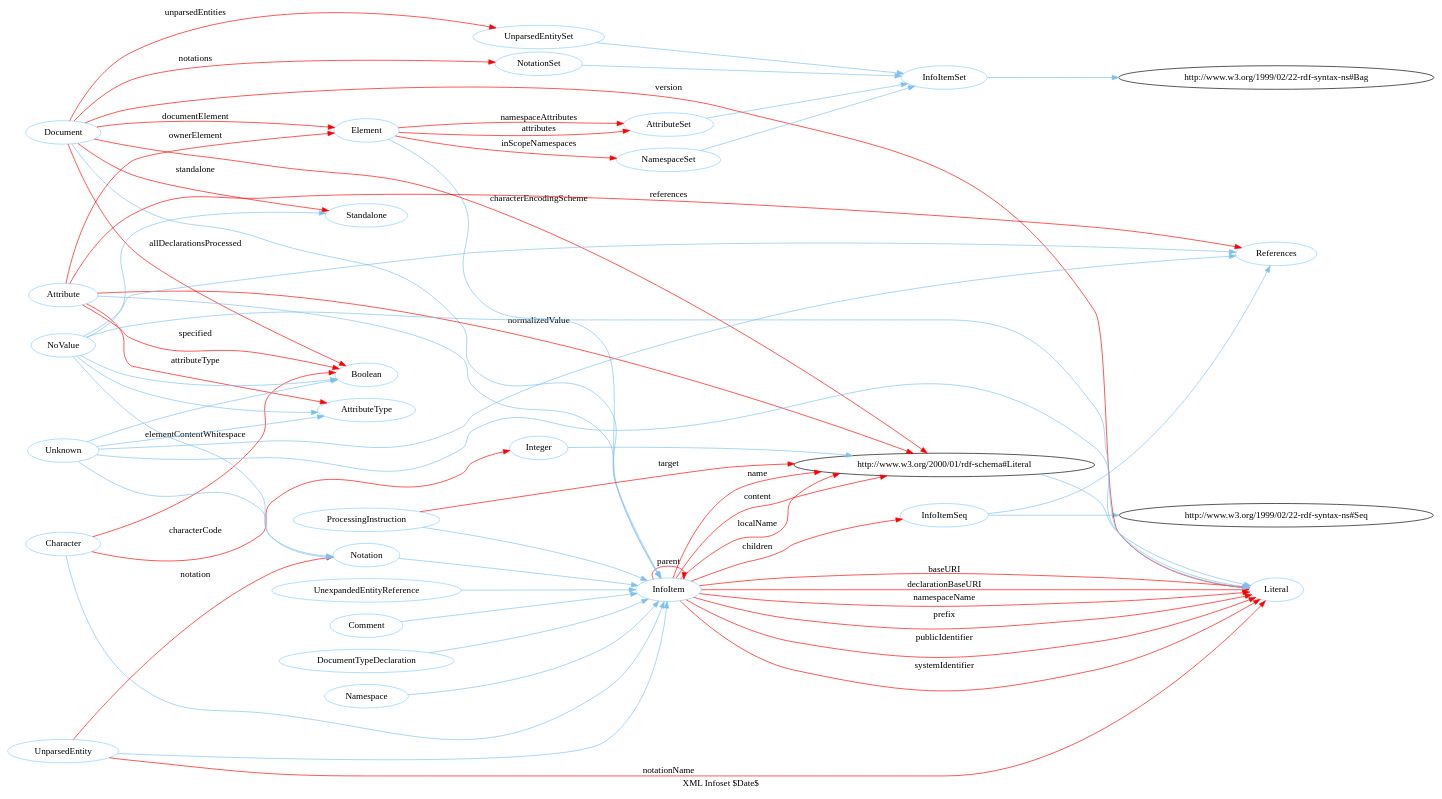
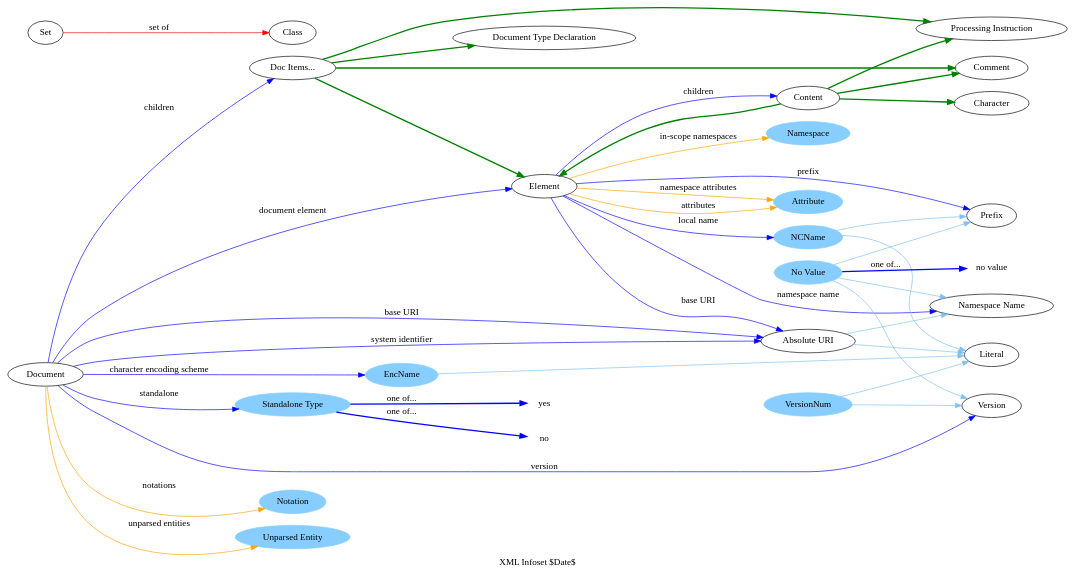
The diagram in infoset/infoset-diagram.dot (dotmpe/swhack), drawn with Graphviz before and after one commit. The commit also changed 3 other files, not shown here.

```diff
--- a/infoset/infoset-diagram.dot
+++ b/infoset/infoset-diagram.dot
@@ -1,301 +1,229 @@
 /* transformed by by Id: rdf2dot.xsl,v 1.10 2001/05/09 20:29:01 connolly Exp  */
-digraph N628 {
+digraph N957 {
 label="XML Infoset $Date$";
 rankdir="LR";
-"http://www.w3.org/2001/04/infoset#InfoItem" [color="skyblue1",
-label="InfoItem",
+"http://www.w3.org/2001/04/infoset#Document" [label="Document",
 ];
-"http://www.w3.org/2001/04/infoset#InfoItem" -> "http://www.w3.org/2001/04/infoset#Literal" [ /* edge attributes */
-label="baseURI",
+"http://www.w3.org/2001/04/infoset#Document" -> "mid:infosetUtil#DocChildren" [ /* edge attributes */
+label="children",
+color="blue",
+];
+"http://www.w3.org/2001/04/infoset#Document" -> "http://www.w3.org/2001/04/infoset#Element" [ /* edge attributes */
+label="document element",
+color="blue",
+];
+"http://www.w3.org/2001/04/infoset#Document" -> "mid:infosetUtil#AbsoluteURI" [ /* edge attributes */
+label="base URI",
+color="blue",
+];
+"http://www.w3.org/2001/04/infoset#Document" -> "mid:infosetUtil#AbsoluteURI" [ /* edge attributes */
+label="system identifier",
+color="blue",
+];
+"http://www.w3.org/2001/04/infoset#Document" -> "mid:infosetUtil#EncName" [ /* edge attributes */
+label="character encoding scheme",
+color="blue",
+];
+"http://www.w3.org/2001/04/infoset#Document" -> "mid:infosetUtil#StandAloneType" [ /* edge attributes */
+label="standalone",
+color="blue",
+];
+"http://www.w3.org/2001/04/infoset#Document" -> "http://www.w3.org/2001/04/infoset#Version" [ /* edge attributes */
+label="version",
+color="blue",
+];
+"http://www.w3.org/2001/04/infoset#Document" -> "http://www.w3.org/2001/04/infoset#Notation" [ /* edge attributes */
+label="notations",
+color="orange",
+];
+"http://www.w3.org/2001/04/infoset#Document" -> "http://www.w3.org/2001/04/infoset#UnparsedEntity" [ /* edge attributes */
+label="unparsed entities",
+color="orange",
+];
+"mid:infosetUtil#Set" [label="Set",
+];
+"mid:infosetUtil#Set" -> "http://www.w3.org/2000/01/rdf-schema#Class" [ /* edge attributes */
+label="set of",
 color="red",
 ];
-"http://www.w3.org/2001/04/infoset#InfoItem" -> "http://www.w3.org/2001/04/infoset#InfoItemSeq" [ /* edge attributes */
+"http://www.w3.org/2000/01/rdf-schema#Class" [label="Class",
+];
+"mid:infosetUtil#DocChildren" [label="Doc Items...",
+];
+"mid:infosetUtil#DocChildren" -> "http://www.w3.org/2001/04/infoset#Element" [ /* edge attributes */
+color="green",
+style="bold",
+];
+"mid:infosetUtil#DocChildren" -> "http://www.w3.org/2001/04/infoset#ProcessingInstruction" [ /* edge attributes */
+color="green",
+style="bold",
+];
+"mid:infosetUtil#DocChildren" -> "http://www.w3.org/2001/04/infoset#Comment" [ /* edge attributes */
+color="green",
+style="bold",
+];
+"mid:infosetUtil#DocChildren" -> "http://www.w3.org/2001/04/infoset#DocumentTypeDeclaration" [ /* edge attributes */
+color="green",
+style="bold",
+];
+"http://www.w3.org/2001/04/infoset#Element" [label="Element",
+];
+"http://www.w3.org/2001/04/infoset#Element" -> "mid:infosetUtil#Content" [ /* edge attributes */
 label="children",
-color="red",
+color="blue",
 ];
-"http://www.w3.org/2001/04/infoset#InfoItem" -> "http://www.w3.org/2000/01/rdf-schema#Literal" [ /* edge attributes */
-label="content",
-color="red",
+"http://www.w3.org/2001/04/infoset#Element" -> "mid:infosetUtil#AbsoluteURI" [ /* edge attributes */
+label="base URI",
+color="blue",
 ];
-"http://www.w3.org/2001/04/infoset#InfoItem" -> "http://www.w3.org/2001/04/infoset#Literal" [ /* edge attributes */
-label="declarationBaseURI",
-color="red",
+"http://www.w3.org/2001/04/infoset#Element" -> "mid:infosetUtil#NamespaceName" [ /* edge attributes */
+label="namespace name",
+color="blue",
 ];
-"http://www.w3.org/2001/04/infoset#InfoItem" -> "http://www.w3.org/2000/01/rdf-schema#Literal" [ /* edge attributes */
-label="localName",
-color="red",
+"http://www.w3.org/2001/04/infoset#Element" -> "mid:infosetUtil#NCName" [ /* edge attributes */
+label="local name",
+color="blue",
 ];
-"http://www.w3.org/2001/04/infoset#InfoItem" -> "http://www.w3.org/2000/01/rdf-schema#Literal" [ /* edge attributes */
-label="name",
-color="red",
+"http://www.w3.org/2001/04/infoset#Element" -> "mid:infosetUtil#Prefix" [ /* edge attributes */
+label="prefix",
+color="blue",
 ];
-"http://www.w3.org/2001/04/infoset#InfoItem" -> "http://www.w3.org/2001/04/infoset#Literal" [ /* edge attributes */
-label="namespaceName",
-color="red",
+"http://www.w3.org/2001/04/infoset#Element" -> "http://www.w3.org/2001/04/infoset#Attribute" [ /* edge attributes */
+label="attributes",
+color="orange",
 ];
-"http://www.w3.org/2001/04/infoset#InfoItem" -> "http://www.w3.org/2001/04/infoset#InfoItem" [ /* edge attributes */
-label="parent",
-color="red",
+"http://www.w3.org/2001/04/infoset#Element" -> "http://www.w3.org/2001/04/infoset#Attribute" [ /* edge attributes */
+label="namespace attributes",
+color="orange",
 ];
-"http://www.w3.org/2001/04/infoset#InfoItem" -> "http://www.w3.org/2001/04/infoset#Literal" [ /* edge attributes */
-label="prefix",
-color="red",
+"http://www.w3.org/2001/04/infoset#Element" -> "http://www.w3.org/2001/04/infoset#Namespace" [ /* edge attributes */
+label="in-scope namespaces",
+color="orange",
 ];
-"http://www.w3.org/2001/04/infoset#InfoItem" -> "http://www.w3.org/2001/04/infoset#Literal" [ /* edge attributes */
-label="publicIdentifier",
-color="red",
+"mid:infosetUtil#Content" [label="Content",
 ];
-"http://www.w3.org/2001/04/infoset#InfoItem" -> "http://www.w3.org/2001/04/infoset#Literal" [ /* edge attributes */
-label="systemIdentifier",
-color="red",
+"mid:infosetUtil#Content" -> "http://www.w3.org/2001/04/infoset#Element" [ /* edge attributes */
+color="green",
+style="bold",
 ];
-"http://www.w3.org/2001/04/infoset#Document" [color="skyblue1",
-label="Document",
+"mid:infosetUtil#Content" -> "http://www.w3.org/2001/04/infoset#ProcessingInstruction" [ /* edge attributes */
+color="green",
+style="bold",
 ];
-"http://www.w3.org/2001/04/infoset#Document" -> "http://www.w3.org/2001/04/infoset#InfoItem" [ /* edge attributes */
+"mid:infosetUtil#Content" -> "http://www.w3.org/2001/04/infoset#Character" [ /* edge attributes */
+color="green",
+style="bold",
+];
+"mid:infosetUtil#Content" -> "http://www.w3.org/2001/04/infoset#Comment" [ /* edge attributes */
+color="green",
+style="bold",
+];
+"mid:infosetUtil#AbsoluteURI" [label="Absolute URI",
+];
+"mid:infosetUtil#AbsoluteURI" -> "http://www.w3.org/2000/01/rdf-schema#Literal" [ /* edge attributes */
 color="skyblue2",
 ];
-"http://www.w3.org/2001/04/infoset#Document" -> "http://www.w3.org/2001/04/infoset#Boolean" [ /* edge attributes */
-label="allDeclarationsProcessed",
-color="red",
-];
-"http://www.w3.org/2001/04/infoset#Document" -> "http://www.w3.org/2000/01/rdf-schema#Literal" [ /* edge attributes */
-label="characterEncodingScheme",
-color="red",
-];
-"http://www.w3.org/2001/04/infoset#Document" -> "http://www.w3.org/2001/04/infoset#Element" [ /* edge attributes */
-label="documentElement",
-color="red",
-];
-"http://www.w3.org/2001/04/infoset#Document" -> "http://www.w3.org/2001/04/infoset#UnparsedEntitySet" [ /* edge attributes */
-label="unparsedEntities",
-color="red",
-];
-"http://www.w3.org/2001/04/infoset#Document" -> "http://www.w3.org/2001/04/infoset#NotationSet" [ /* edge attributes */
-label="notations",
-color="red",
-];
-"http://www.w3.org/2001/04/infoset#Document" -> "http://www.w3.org/2001/04/infoset#Standalone" [ /* edge attributes */
-label="standalone",
-color="red",
-];
-"http://www.w3.org/2001/04/infoset#Document" -> "http://www.w3.org/2001/04/infoset#Literal" [ /* edge attributes */
-label="version",
-color="red",
-];
-"http://www.w3.org/2001/04/infoset#Boolean" [color="skyblue1",
-label="Boolean",
-];
-"http://www.w3.org/2001/04/infoset#Element" [color="skyblue1",
-label="Element",
-];
-"http://www.w3.org/2001/04/infoset#Element" -> "http://www.w3.org/2001/04/infoset#InfoItem" [ /* edge attributes */
+"mid:infosetUtil#AbsoluteURI" -> "mid:infosetUtil#NamespaceName" [ /* edge attributes */
 color="skyblue2",
 ];
-"http://www.w3.org/2001/04/infoset#Element" -> "http://www.w3.org/2001/04/infoset#AttributeSet" [ /* edge attributes */
-label="attributes",
-color="red",
+"mid:infosetUtil#EncName" [color="skyblue1",
+style="filled",
+label="EncName",
 ];
-"http://www.w3.org/2001/04/infoset#Element" -> "http://www.w3.org/2001/04/infoset#AttributeSet" [ /* edge attributes */
-label="namespaceAttributes",
-color="red",
-];
-"http://www.w3.org/2001/04/infoset#Element" -> "http://www.w3.org/2001/04/infoset#NamespaceSet" [ /* edge attributes */
-label="inScopeNamespaces",
-color="red",
-];
-"http://www.w3.org/2001/04/infoset#AttributeSet" [color="skyblue1",
-label="AttributeSet",
-];
-"http://www.w3.org/2001/04/infoset#AttributeSet" -> "http://www.w3.org/2001/04/infoset#InfoItemSet" [ /* edge attributes */
+"mid:infosetUtil#EncName" -> "http://www.w3.org/2000/01/rdf-schema#Literal" [ /* edge attributes */
 color="skyblue2",
 ];
-"http://www.w3.org/2001/04/infoset#Attribute" [color="skyblue1",
-label="Attribute",
+"mid:infosetUtil#StandAloneType" [color="skyblue1",
+style="filled",
+label="Standalone Type",
 ];
-"http://www.w3.org/2001/04/infoset#Attribute" -> "http://www.w3.org/2001/04/infoset#InfoItem" [ /* edge attributes */
+"mid:infosetUtil#StandAloneType" -> "http://www.w3.org/2001/04/infoset#yes" [ /* edge attributes */
+label="one of...",
+color="blue",
+style="bold",
+];
+"mid:infosetUtil#StandAloneType" -> "http://www.w3.org/2001/04/infoset#no" [ /* edge attributes */
+label="one of...",
+color="blue",
+style="bold",
+];
+"http://www.w3.org/2001/04/infoset#Version" [label="Version",
+];
+"mid:infosetUtil#NamespaceName" [label="Namespace Name",
+];
+"mid:infosetUtil#NCName" [color="skyblue1",
+style="filled",
+label="NCName",
+];
+"mid:infosetUtil#NCName" -> "http://www.w3.org/2000/01/rdf-schema#Literal" [ /* edge attributes */
 color="skyblue2",
 ];
-"http://www.w3.org/2001/04/infoset#Attribute" -> "http://www.w3.org/2001/04/infoset#AttributeType" [ /* edge attributes */
-label="attributeType",
-color="red",
-];
-"http://www.w3.org/2001/04/infoset#Attribute" -> "http://www.w3.org/2000/01/rdf-schema#Literal" [ /* edge attributes */
-label="normalizedValue",
-color="red",
-];
-"http://www.w3.org/2001/04/infoset#Attribute" -> "http://www.w3.org/2001/04/infoset#Element" [ /* edge attributes */
-label="ownerElement",
-color="red",
-];
-"http://www.w3.org/2001/04/infoset#Attribute" -> "http://www.w3.org/2001/04/infoset#References" [ /* edge attributes */
-label="references",
-color="red",
-];
-"http://www.w3.org/2001/04/infoset#Attribute" -> "http://www.w3.org/2001/04/infoset#Boolean" [ /* edge attributes */
-label="specified",
-color="red",
-];
-"http://www.w3.org/2001/04/infoset#AttributeType" [color="skyblue1",
-label="AttributeType",
-];
-"http://www.w3.org/2001/04/infoset#Literal" [color="skyblue1",
-label="Literal",
-];
-"http://www.w3.org/2001/04/infoset#Character" [color="skyblue1",
-label="Character",
-];
-"http://www.w3.org/2001/04/infoset#Character" -> "http://www.w3.org/2001/04/infoset#InfoItem" [ /* edge attributes */
+"mid:infosetUtil#NCName" -> "mid:infosetUtil#Prefix" [ /* edge attributes */
 color="skyblue2",
 ];
-"http://www.w3.org/2001/04/infoset#Character" -> "http://www.w3.org/2001/04/infoset#Integer" [ /* edge attributes */
-label="characterCode",
-color="red",
+"mid:infosetUtil#Prefix" [label="Prefix",
 ];
-"http://www.w3.org/2001/04/infoset#Character" -> "http://www.w3.org/2001/04/infoset#Boolean" [ /* edge attributes */
-label="elementContentWhitespace",
-color="red",
+"http://www.w3.org/2001/04/infoset#Notation" [label="Notation",
+color="skyblue1",
+style="filled",
 ];
-"http://www.w3.org/2001/04/infoset#Integer" [color="skyblue1",
-label="Integer",
+"http://www.w3.org/2001/04/infoset#UnparsedEntity" [label="Unparsed Entity",
+color="skyblue1",
+style="filled",
 ];
-"http://www.w3.org/2001/04/infoset#Integer" -> "http://www.w3.org/2000/01/rdf-schema#Literal" [ /* edge attributes */
+"http://www.w3.org/2001/04/infoset#Attribute" [label="Attribute",
+color="skyblue1",
+style="filled",
+];
+"http://www.w3.org/2001/04/infoset#Namespace" [label="Namespace",
+color="skyblue1",
+style="filled",
+];
+"http://www.w3.org/2001/04/infoset#ProcessingInstruction" [label="Processing Instruction",
+];
+"http://www.w3.org/2001/04/infoset#yes" [label="yes",
+shape="plaintext",
+];
+"http://www.w3.org/2001/04/infoset#no" [label="no",
+shape="plaintext",
+];
+"mid:infosetUtil#NoValue" [color="skyblue1",
+style="filled",
+label="No Value",
+];
+"mid:infosetUtil#NoValue" -> "http://www.w3.org/2001/04/infoset#Version" [ /* edge attributes */
 color="skyblue2",
 ];
-"http://www.w3.org/2000/01/rdf-schema#Literal" [];
-"http://www.w3.org/2000/01/rdf-schema#Literal" -> "http://www.w3.org/2001/04/infoset#Literal" [ /* edge attributes */
+"mid:infosetUtil#NoValue" -> "mid:infosetUtil#NamespaceName" [ /* edge attributes */
 color="skyblue2",
 ];
-"http://www.w3.org/2001/04/infoset#InfoItemSeq" [color="skyblue1",
-label="InfoItemSeq",
-];
-"http://www.w3.org/2001/04/infoset#InfoItemSeq" -> "http://www.w3.org/1999/02/22-rdf-syntax-ns#Seq" [ /* edge attributes */
+"mid:infosetUtil#NoValue" -> "mid:infosetUtil#Prefix" [ /* edge attributes */
 color="skyblue2",
 ];
-"http://www.w3.org/2001/04/infoset#InfoItemSeq" -> "http://www.w3.org/2001/04/infoset#References" [ /* edge attributes */
+"mid:infosetUtil#NoValue" -> "http://www.w3.org/2001/04/infoset#noValue" [ /* edge attributes */
+label="one of...",
+color="blue",
+style="bold",
+];
+"http://www.w3.org/2001/04/infoset#noValue" [label="no value",
+shape="plaintext",
+];
+"http://www.w3.org/2000/01/rdf-schema#Literal" [label="Literal",
+];
+"mid:infosetUtil#VersionNum" [color="skyblue1",
+style="filled",
+label="VersionNum",
+];
+"mid:infosetUtil#VersionNum" -> "http://www.w3.org/2000/01/rdf-schema#Literal" [ /* edge attributes */
 color="skyblue2",
 ];
-"http://www.w3.org/2001/04/infoset#UnparsedEntitySet" [color="skyblue1",
-label="UnparsedEntitySet",
-];
-"http://www.w3.org/2001/04/infoset#UnparsedEntitySet" -> "http://www.w3.org/2001/04/infoset#InfoItemSet" [ /* edge attributes */
+"mid:infosetUtil#VersionNum" -> "http://www.w3.org/2001/04/infoset#Version" [ /* edge attributes */
 color="skyblue2",
 ];
-"http://www.w3.org/2001/04/infoset#NamespaceSet" [color="skyblue1",
-label="NamespaceSet",
+"http://www.w3.org/2001/04/infoset#Comment" [label="Comment",
 ];
-"http://www.w3.org/2001/04/infoset#NamespaceSet" -> "http://www.w3.org/2001/04/infoset#InfoItemSet" [ /* edge attributes */
-color="skyblue2",
+"http://www.w3.org/2001/04/infoset#Character" [label="Character",
 ];
-"http://www.w3.org/2001/04/infoset#UnparsedEntity" [color="skyblue1",
-label="UnparsedEntity",
-];
-"http://www.w3.org/2001/04/infoset#UnparsedEntity" -> "http://www.w3.org/2001/04/infoset#InfoItem" [ /* edge attributes */
-color="skyblue2",
-];
-"http://www.w3.org/2001/04/infoset#UnparsedEntity" -> "http://www.w3.org/2001/04/infoset#Notation" [ /* edge attributes */
-label="notation",
-color="red",
-];
-"http://www.w3.org/2001/04/infoset#UnparsedEntity" -> "http://www.w3.org/2001/04/infoset#Literal" [ /* edge attributes */
-label="notationName",
-color="red",
-];
-"http://www.w3.org/2001/04/infoset#Notation" [color="skyblue1",
-label="Notation",
-];
-"http://www.w3.org/2001/04/infoset#Notation" -> "http://www.w3.org/2001/04/infoset#InfoItem" [ /* edge attributes */
-color="skyblue2",
-];
-"http://www.w3.org/2001/04/infoset#NotationSet" [color="skyblue1",
-label="NotationSet",
-];
-"http://www.w3.org/2001/04/infoset#NotationSet" -> "http://www.w3.org/2001/04/infoset#InfoItemSet" [ /* edge attributes */
-color="skyblue2",
-];
-"http://www.w3.org/2001/04/infoset#References" [color="skyblue1",
-label="References",
-];
-"http://www.w3.org/2001/04/infoset#Standalone" [color="skyblue1",
-label="Standalone",
-];
-"http://www.w3.org/2001/04/infoset#ProcessingInstruction" [color="skyblue1",
-label="ProcessingInstruction",
-];
-"http://www.w3.org/2001/04/infoset#ProcessingInstruction" -> "http://www.w3.org/2001/04/infoset#InfoItem" [ /* edge attributes */
-color="skyblue2",
-];
-"http://www.w3.org/2001/04/infoset#ProcessingInstruction" -> "http://www.w3.org/2000/01/rdf-schema#Literal" [ /* edge attributes */
-label="target",
-color="red",
-];
-"http://www.w3.org/2001/04/infoset#InfoItemSet" [color="skyblue1",
-label="InfoItemSet",
-];
-"http://www.w3.org/2001/04/infoset#InfoItemSet" -> "http://www.w3.org/1999/02/22-rdf-syntax-ns#Bag" [ /* edge attributes */
-color="skyblue2",
-];
-"http://www.w3.org/2001/04/infoset#UnexpandedEntityReference" [color="skyblue1",
-label="UnexpandedEntityReference",
-];
-"http://www.w3.org/2001/04/infoset#UnexpandedEntityReference" -> "http://www.w3.org/2001/04/infoset#InfoItem" [ /* edge attributes */
-color="skyblue2",
-];
-"http://www.w3.org/2001/04/infoset#Comment" [color="skyblue1",
-label="Comment",
-];
-"http://www.w3.org/2001/04/infoset#Comment" -> "http://www.w3.org/2001/04/infoset#InfoItem" [ /* edge attributes */
-color="skyblue2",
-];
-"http://www.w3.org/2001/04/infoset#DocumentTypeDeclaration" [color="skyblue1",
-label="DocumentTypeDeclaration",
-];
-"http://www.w3.org/2001/04/infoset#DocumentTypeDeclaration" -> "http://www.w3.org/2001/04/infoset#InfoItem" [ /* edge attributes */
-color="skyblue2",
-];
-"http://www.w3.org/2001/04/infoset#Namespace" [color="skyblue1",
-label="Namespace",
-];
-"http://www.w3.org/2001/04/infoset#Namespace" -> "http://www.w3.org/2001/04/infoset#InfoItem" [ /* edge attributes */
-color="skyblue2",
-];
-"http://www.w3.org/2001/04/infoset#Unknown" [color="skyblue1",
-label="Unknown",
-];
-"http://www.w3.org/2001/04/infoset#Unknown" -> "http://www.w3.org/2001/04/infoset#AttributeType" [ /* edge attributes */
-color="skyblue2",
-];
-"http://www.w3.org/2001/04/infoset#Unknown" -> "http://www.w3.org/2001/04/infoset#Literal" [ /* edge attributes */
-color="skyblue2",
-];
-"http://www.w3.org/2001/04/infoset#Unknown" -> "http://www.w3.org/2001/04/infoset#Boolean" [ /* edge attributes */
-color="skyblue2",
-];
-"http://www.w3.org/2001/04/infoset#Unknown" -> "http://www.w3.org/2001/04/infoset#Notation" [ /* edge attributes */
-color="skyblue2",
-];
-"http://www.w3.org/2001/04/infoset#Unknown" -> "http://www.w3.org/2001/04/infoset#References" [ /* edge attributes */
-color="skyblue2",
-];
-"http://www.w3.org/2001/04/infoset#NoValue" [color="skyblue1",
-label="NoValue",
-];
-"http://www.w3.org/2001/04/infoset#NoValue" -> "http://www.w3.org/2001/04/infoset#AttributeType" [ /* edge attributes */
-color="skyblue2",
-];
-"http://www.w3.org/2001/04/infoset#NoValue" -> "http://www.w3.org/2001/04/infoset#Literal" [ /* edge attributes */
-color="skyblue2",
-];
-"http://www.w3.org/2001/04/infoset#NoValue" -> "http://www.w3.org/2001/04/infoset#Boolean" [ /* edge attributes */
-color="skyblue2",
-];
-"http://www.w3.org/2001/04/infoset#NoValue" -> "http://www.w3.org/2001/04/infoset#Standalone" [ /* edge attributes */
-color="skyblue2",
-];
-"http://www.w3.org/2001/04/infoset#NoValue" -> "http://www.w3.org/2001/04/infoset#Notation" [ /* edge attributes */
-color="skyblue2",
-];
-"http://www.w3.org/2001/04/infoset#NoValue" -> "http://www.w3.org/2001/04/infoset#References" [ /* edge attributes */
-color="skyblue2",
+"http://www.w3.org/2001/04/infoset#DocumentTypeDeclaration" [label="Document Type Declaration",
 ];
 }
```
